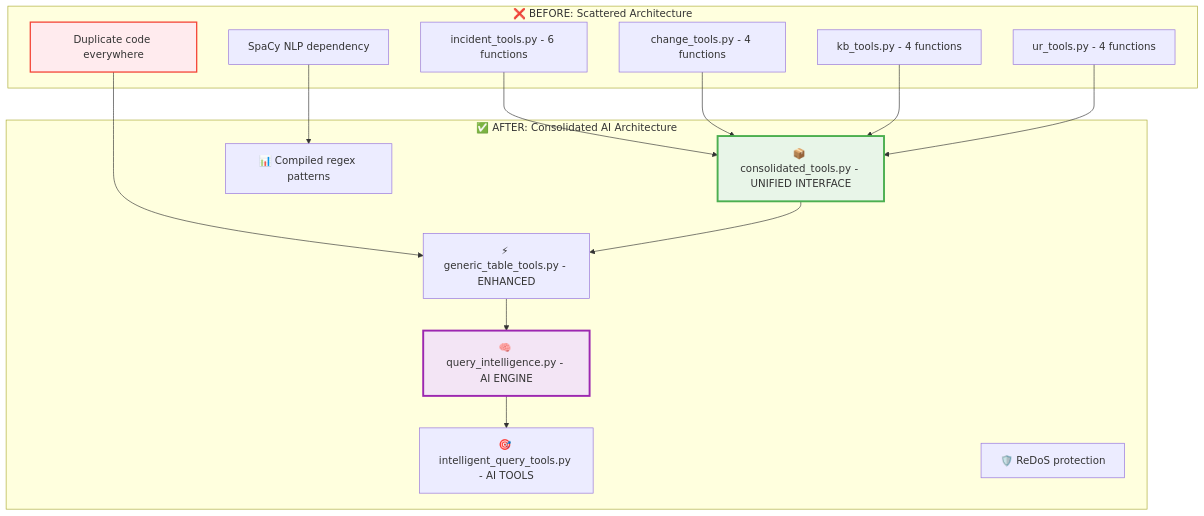
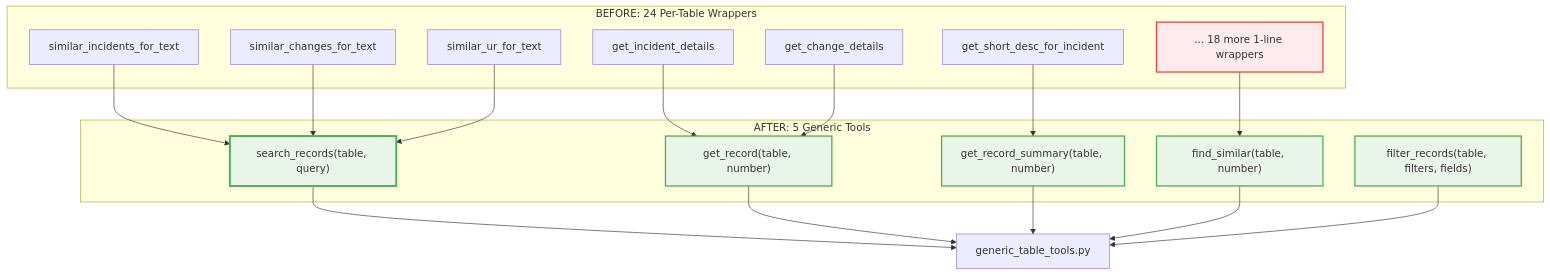
Before and after one commit to Papamzor/personal-mcp-servicenow: the first of 3 diagrams in Diagrams & Documentation/03-tool-organization.md, drawn with Mermaid. The commit also changed other lines of this file and 4 other files, not shown here.

Commit message:
docs: update README and diagrams for v3.0 release

````diff
--- a/Diagrams & Documentation/03-tool-organization.md
+++ b/Diagrams & Documentation/03-tool-organization.md
@@ -6,35 +6,41 @@
 ```mermaid
 graph TB
-    subgraph "❌ BEFORE: Scattered Architecture"
-        OLD1[incident_tools.py - 6 functions]
-        OLD2[change_tools.py - 4 functions]
-        OLD3[kb_tools.py - 4 functions]
-        OLD4[ur_tools.py - 4 functions]
-        OLD5[Duplicate code everywhere]
-        OLD6[SpaCy NLP dependency]
+    subgraph "BEFORE: 24 Per-Table Wrappers"
+        OLD1[similar_incidents_for_text]
+        OLD2[similar_changes_for_text]
+        OLD3[similar_ur_for_text]
+        OLD4[get_incident_details]
+        OLD5[get_change_details]
+        OLD6[get_short_desc_for_incident]
+        OLD7["... 18 more 1-line wrappers"]
     end
 
-    subgraph "✅ AFTER: Consolidated AI Architecture"
-        NEW1[📦 consolidated_tools.py - UNIFIED INTERFACE]
-        NEW2[⚡ generic_table_tools.py - ENHANCED]
-        NEW3[🧠 query_intelligence.py - AI ENGINE]
-        NEW4[🎯 intelligent_query_tools.py - AI TOOLS]
-        NEW5[📊 Compiled regex patterns]
-        NEW6[🛡️ ReDoS protection]
+    subgraph "AFTER: 5 Generic Tools"
+        NEW1["search_records(table, query)"]
+        NEW2["get_record(table, number)"]
+        NEW3["get_record_summary(table, number)"]
+        NEW4["find_similar(table, number)"]
+        NEW5["filter_records(table, filters, fields)"]
     end
 
     OLD1 --> NEW1
     OLD2 --> NEW1
     OLD3 --> NEW1
-    OLD4 --> NEW1
+    OLD4 --> NEW2
     OLD5 --> NEW2
-    OLD6 --> NEW5
+    OLD6 --> NEW3
+    OLD7 --> NEW4
 
-    NEW1 --> NEW2
-    NEW2 --> NEW3
-    NEW3 --> NEW4
+    NEW1 --> GTT[generic_table_tools.py]
+    NEW2 --> GTT
+    NEW3 --> GTT
+    NEW4 --> GTT
+    NEW5 --> GTT
 
     style NEW1 fill:#e8f5e8,stroke:#4caf50,stroke-width:3px
-    style NEW3 fill:#f3e5f5,stroke:#9c27b0,stroke-width:3px
-    style OLD5 fill:#ffebee,stroke:#f44336,stroke-width:2px
+    style NEW2 fill:#e8f5e8,stroke:#4caf50,stroke-width:2px
+    style NEW3 fill:#e8f5e8,stroke:#4caf50,stroke-width:2px
+    style NEW4 fill:#e8f5e8,stroke:#4caf50,stroke-width:2px
+    style NEW5 fill:#e8f5e8,stroke:#4caf50,stroke-width:2px
+    style OLD7 fill:#ffebee,stroke:#f44336,stroke-width:2px
 ```
````
